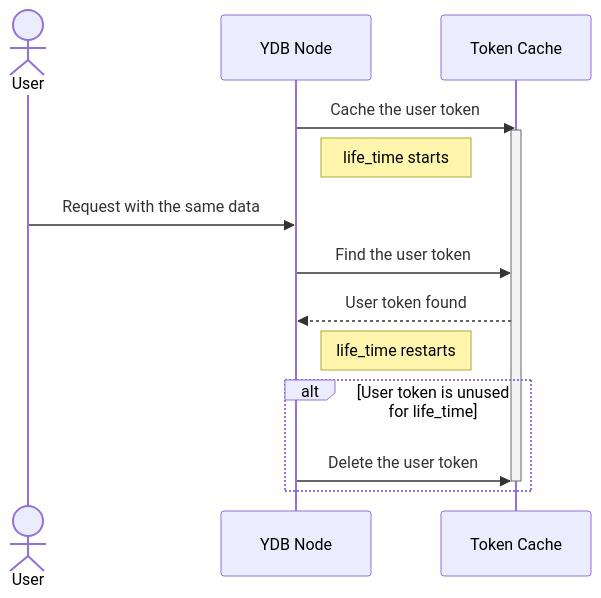
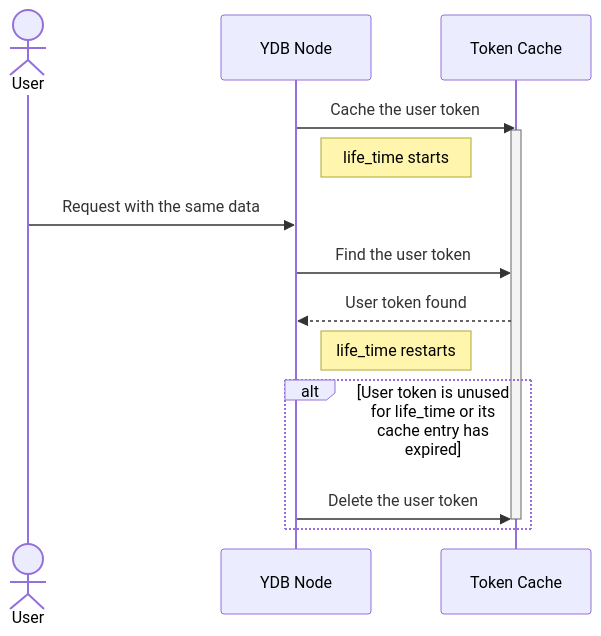
One commit to ydb-platform/ydb changed the diagram in ydb/docs/en/core/security/_assets/user-token-lifecycle.md. Above: the diagram before and after it, drawn with Mermaid. The commit also changed 3 other files, not shown here.

````diff
--- a/ydb/docs/en/core/security/_assets/user-token-lifecycle.md
+++ b/ydb/docs/en/core/security/_assets/user-token-lifecycle.md
@@ -1,20 +1,20 @@
 ```mermaid
 sequenceDiagram
     actor user as User
     participant node as YDB Node
     participant cache as Token Cache
 
     node->>cache: Cache the user token
     activate cache
     Note right of node: life_time starts
 
     user->>node: Request with the same data
     node->>cache: Find the user token
     cache-->>node: User token found
     Note right of node: life_time restarts
 
-    alt User token is unused for life_time
+    alt User token is unused for life_time or its cache entry has expired
     node->>cache: Delete the user token
     deactivate cache
     end
 ```
````
